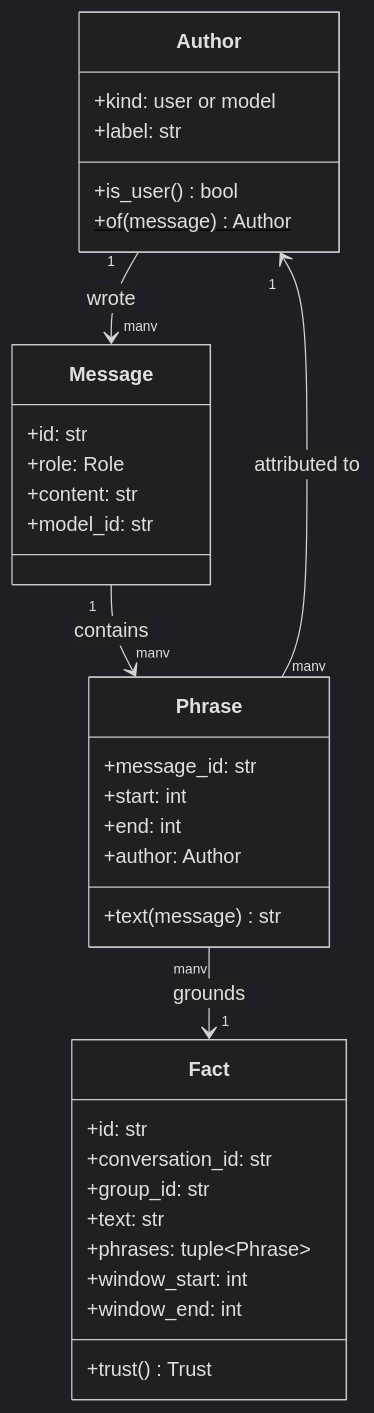
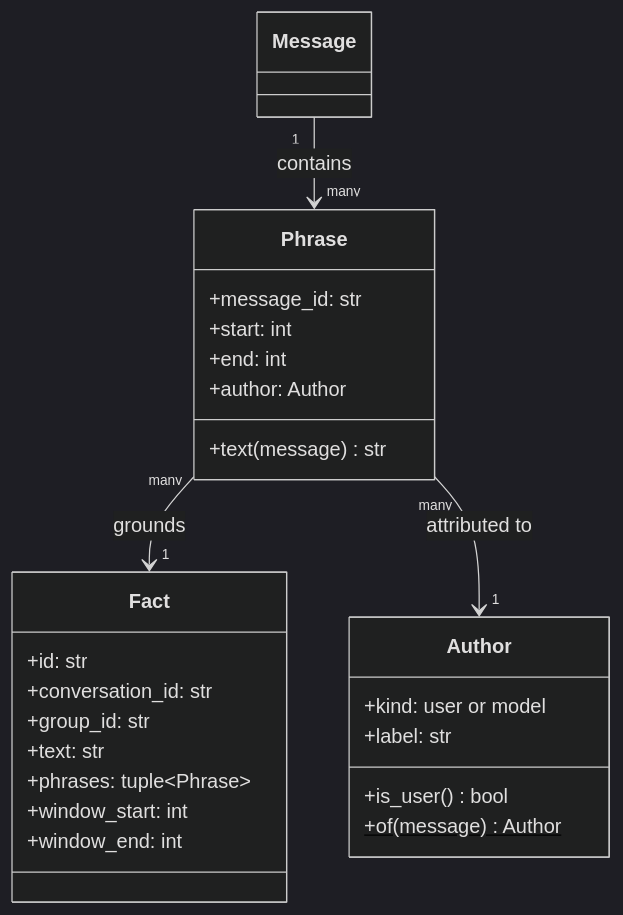
The diagram in docs/plans/2026-08-13-009-feat-grounded-fact-extraction-plan.md (Alorcus/agent_project), drawn with Mermaid (dark theme) before and after one commit. The commit also changed other lines of this file and 1 other file, not shown here.

````diff
--- a/docs/plans/2026-08-13-009-feat-grounded-fact-extraction-plan.md
+++ b/docs/plans/2026-08-13-009-feat-grounded-fact-extraction-plan.md
@@ -440,37 +74,28 @@
 ```mermaid
 classDiagram
     class Author {
         +kind: user or model
         +label: str
         +is_user() bool
         +of(message)$ Author
-    }
-    class Message {
-        +id: str
-        +role: Role
-        +content: str
-        +model_id: str
     }
     class Phrase {
         +message_id: str
         +start: int
         +end: int
         +author: Author
         +text(message) str
     }
     class Fact {
         +id: str
         +conversation_id: str
         +group_id: str
         +text: str
         +phrases: tuple~Phrase~
         +window_start: int
         +window_end: int
-        +trust() Trust
     }
-
-    Author "1" --> "many" Message : wrote
     Message "1" --> "many" Phrase : contains
     Phrase "many" --> "1" Fact : grounds
     Phrase "many" --> "1" Author : attributed to
 ```
````
